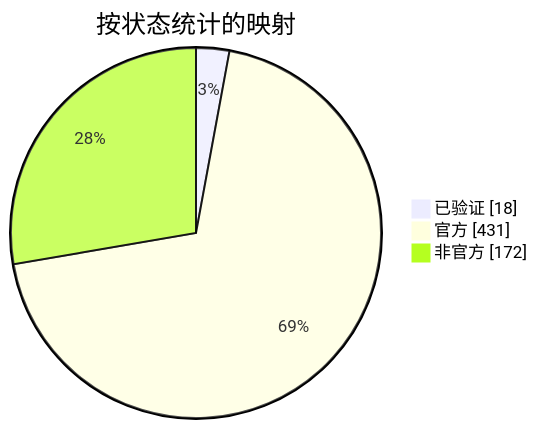
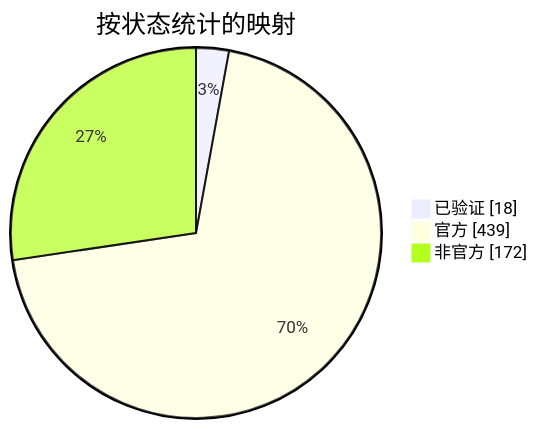
Before and after one commit to nobrega8/mbmap-library: the diagram in docs/readme/README_ZHS.md, drawn with Mermaid. The commit also changed 13 other files, not shown here.

````diff
--- a/docs/readme/README_ZHS.md
+++ b/docs/readme/README_ZHS.md
@@ -54,7 +54,7 @@
 ```mermaid
 pie showData
     title 按状态统计的映射
     "已验证" : 18
-    "官方" : 431
+    "官方" : 439
     "非官方" : 172
 ```
````
